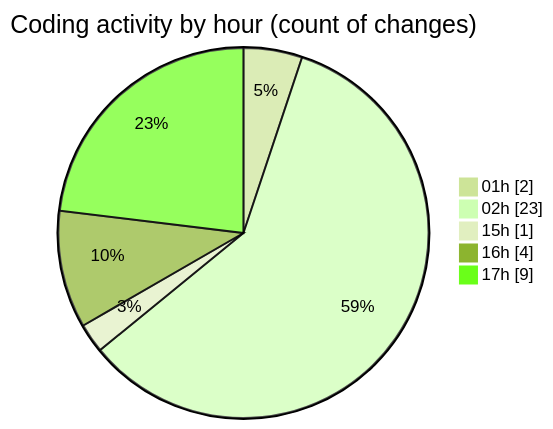
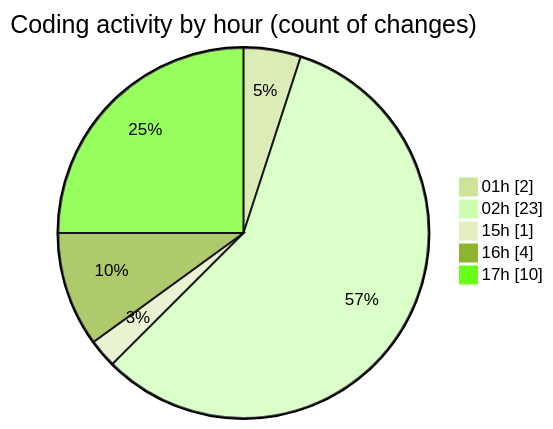
One commit to mevix1/code-tracking changed the second of 2 diagrams in 2025-10-01/open-health/README.md. Above: the diagram before and after it, drawn with Mermaid (forest theme). The commit also changed other lines of this file and 1 other file, not shown here.

````diff
--- a/2025-10-01/open-health/README.md
+++ b/2025-10-01/open-health/README.md
@@ -50,9 +51,9 @@
 ```mermaid
 pie showData
 title Coding activity by hour (count of changes)
 "01h" : 2
 "02h" : 23
 "15h" : 1
 "16h" : 4
-"17h" : 9
+"17h" : 10
 ```
````
